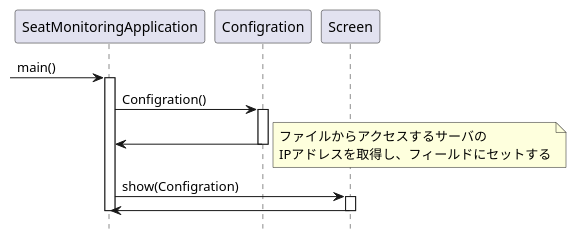
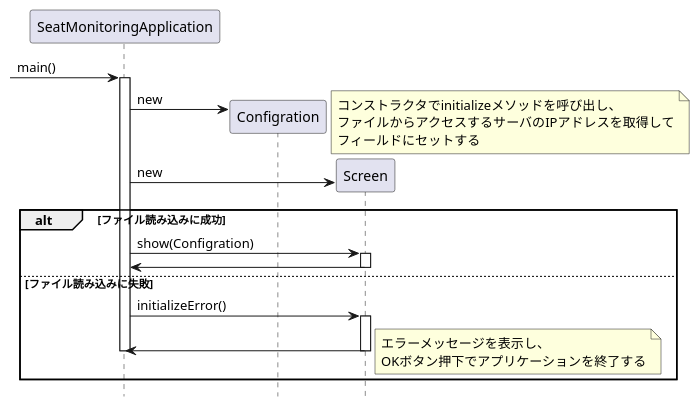
One commit to KeisukeSugita/Seat-monitoring-system changed the diagram in doc/詳細設計/構成図(.pu)/座席監視アプリ起動シーケンス図.pu. Above: the diagram before and after it, drawn with PlantUML. The commit also changed 5 other files, not shown here.

```diff
--- a/doc/詳細設計/構成図(.pu)/座席監視アプリ起動シーケンス図.pu
+++ b/doc/詳細設計/構成図(.pu)/座席監視アプリ起動シーケンス図.pu
@@ -1,25 +1,38 @@
 @startuml 座席監視アプリ起動シーケンス図
 hide footbox
 
 participant "SeatMonitoringApplication" as SeatMonitoringApplication
 participant "Configration" as Configration
 participant "Screen" as Screen
 
 -> SeatMonitoringApplication :main()
 activate SeatMonitoringApplication
-SeatMonitoringApplication -> Configration : Configration()
-activate Configration
-SeatMonitoringApplication <- Configration
-deactivate Configration
+create Configration
+SeatMonitoringApplication -> Configration : new
 note right
-	ファイルからアクセスするサーバの
-	IPアドレスを取得し、フィールドにセットする
+	コンストラクタでinitializeメソッドを呼び出し、
+	ファイルからアクセスするサーバのIPアドレスを取得して
+	フィールドにセットする
 end note
 
-SeatMonitoringApplication -> Screen : show(Configration)
-activate Screen
-SeatMonitoringApplication <- Screen
-deactivate Screen
-deactivate SeatMonitoringApplication
+create Screen
+	SeatMonitoringApplication -> Screen : new
+
+alt ファイル読み込みに成功
+	SeatMonitoringApplication -> Screen : show(Configration)
+	activate Screen
+	SeatMonitoringApplication <- Screen
+	deactivate Screen
+else ファイル読み込みに失敗
+	SeatMonitoringApplication -> Screen :initializeError()
+	activate Screen
+	SeatMonitoringApplication <- Screen
+	deactivate Screen
+	deactivate SeatMonitoringApplication
+	note right
+		エラーメッセージを表示し、
+		OKボタン押下でアプリケーションを終了する
+	end note
+end
 
 @enduml
```
